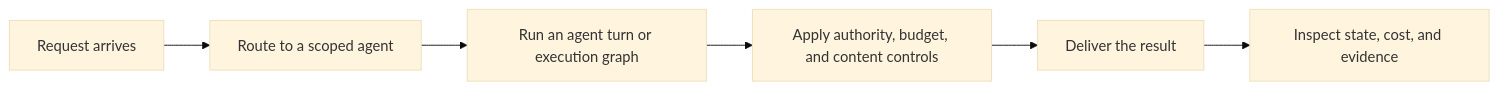
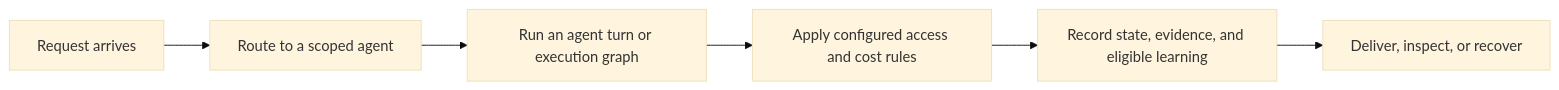
The diagram in docs/get-started/how-it-works.mdx (comisai/comis), drawn with Mermaid (base theme) before and after one commit. The commit also changed other lines of this file and 85 other files, not shown here.

````diff
--- a/docs/get-started/how-it-works.mdx
+++ b/docs/get-started/how-it-works.mdx
@@ -17,8 +18,8 @@
 ```mermaid
 flowchart LR
     A["Request arrives"] --> B["Route to a scoped agent"]
     B --> C["Run an agent turn or execution graph"]
-    C --> D["Apply authority, budget, and content controls"]
-    D --> E["Deliver the result"]
-    E --> F["Inspect state, cost, and evidence"]
+    C --> D["Apply configured access and cost rules"]
+    D --> E["Record state, evidence, and eligible learning"]
+    E --> F["Deliver, inspect, or recover"]
 ```
````
